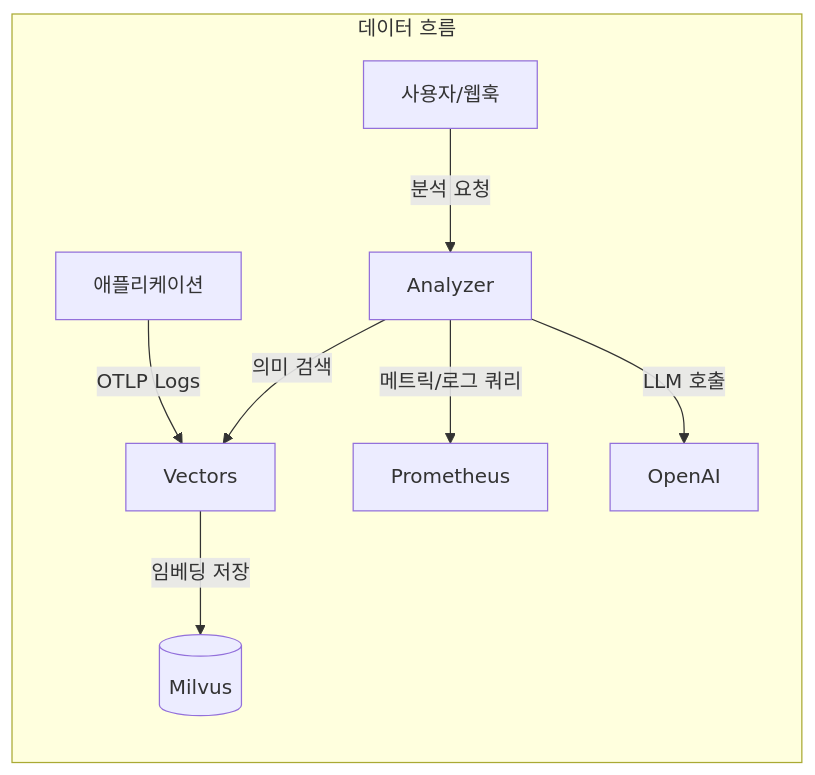
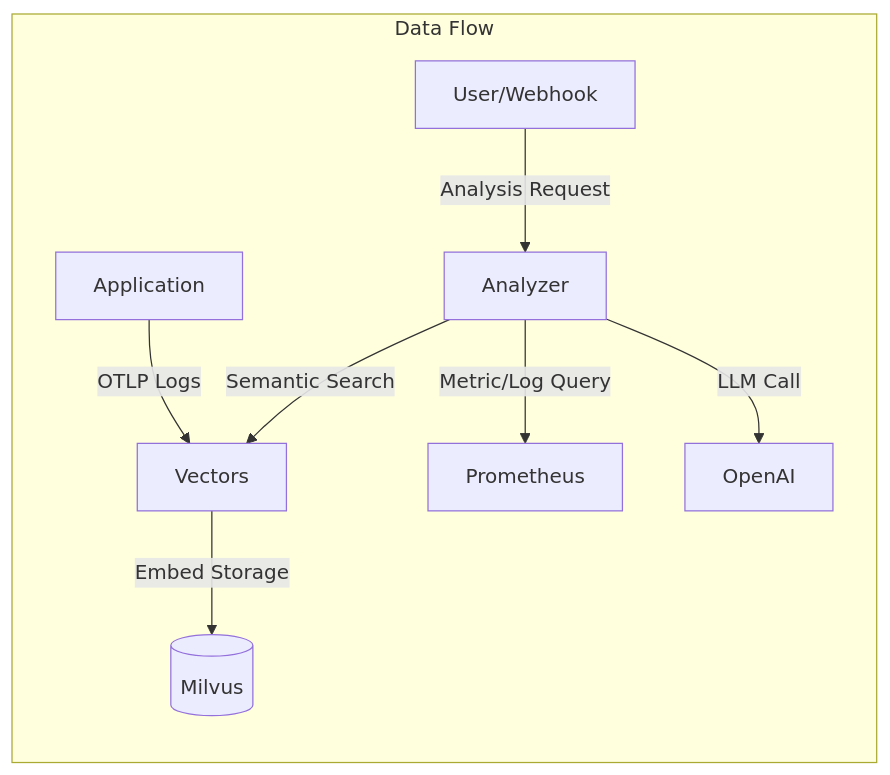
Before and after one commit to mandacode-labs/mandacode-devs: the first of 2 diagrams in src/content/blog/en/meerkat-deep-dive.md, drawn with Mermaid. The commit also changed other lines of this file and 12 other files, not shown here.

````diff
--- a/src/content/blog/en/meerkat-deep-dive.md
+++ b/src/content/blog/en/meerkat-deep-dive.md
@@ -47,11 +44,11 @@
 ```mermaid
 graph LR
-    subgraph "데이터 흐름"
-        App[애플리케이션] -- OTLP Logs --> Vectors
-        Vectors -- 임베딩 저장 --> Milvus[(Milvus)]
-        Client[사용자/웹훅] -- 분석 요청 --> Analyzer
-        Analyzer -- 의미 검색 --> Vectors
-        Analyzer -- 메트릭/로그 쿼리 --> Prometheus
-        Analyzer -- LLM 호출 --> OpenAI
+    subgraph "Data Flow"
+        App[Application] -- OTLP Logs --> Vectors
+        Vectors -- Embed Storage --> Milvus[(Milvus)]
+        Client[User/Webhook] -- Analysis Request --> Analyzer
+        Analyzer -- Semantic Search --> Vectors
+        Analyzer -- Metric/Log Query --> Prometheus
+        Analyzer -- LLM Call --> OpenAI
     end
 ```
````
